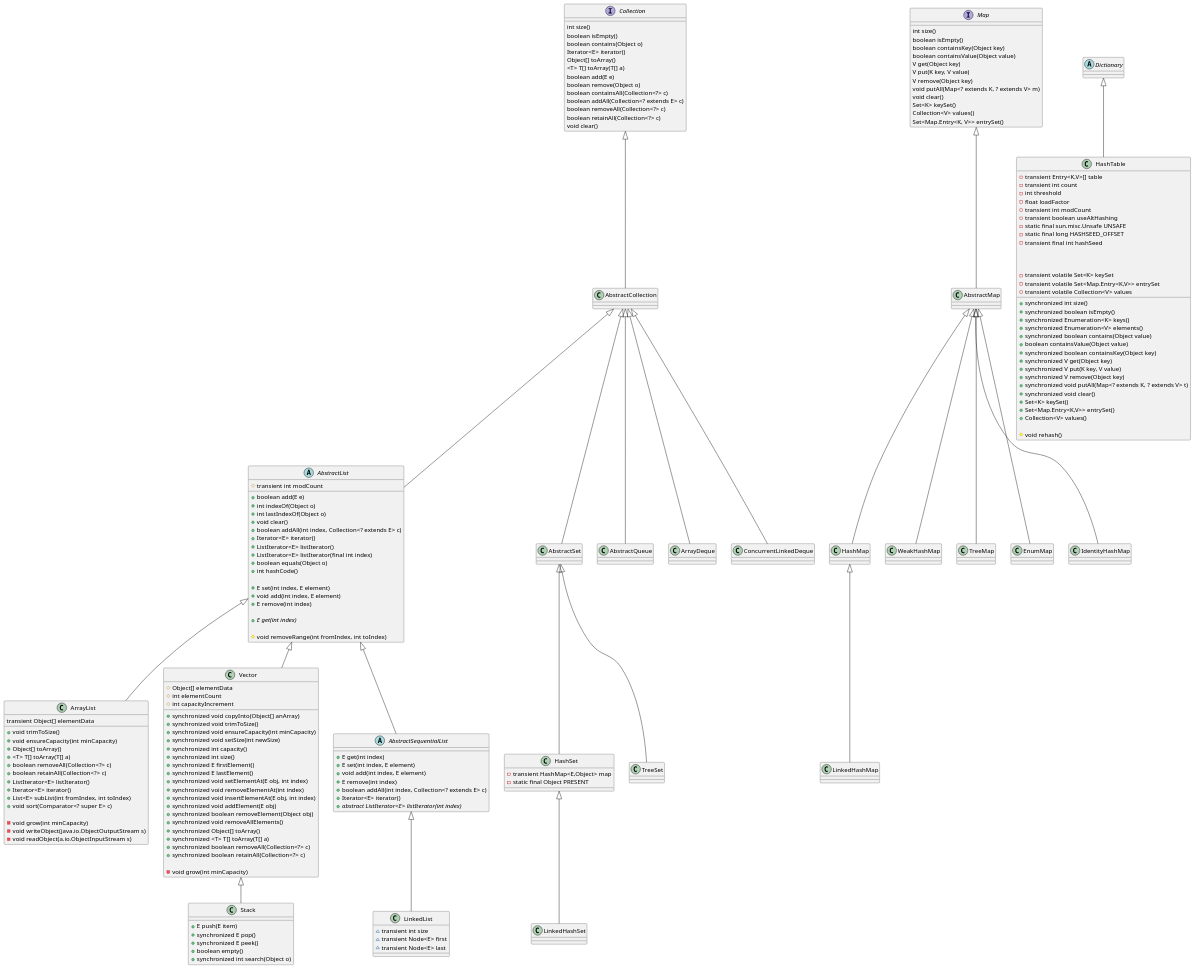
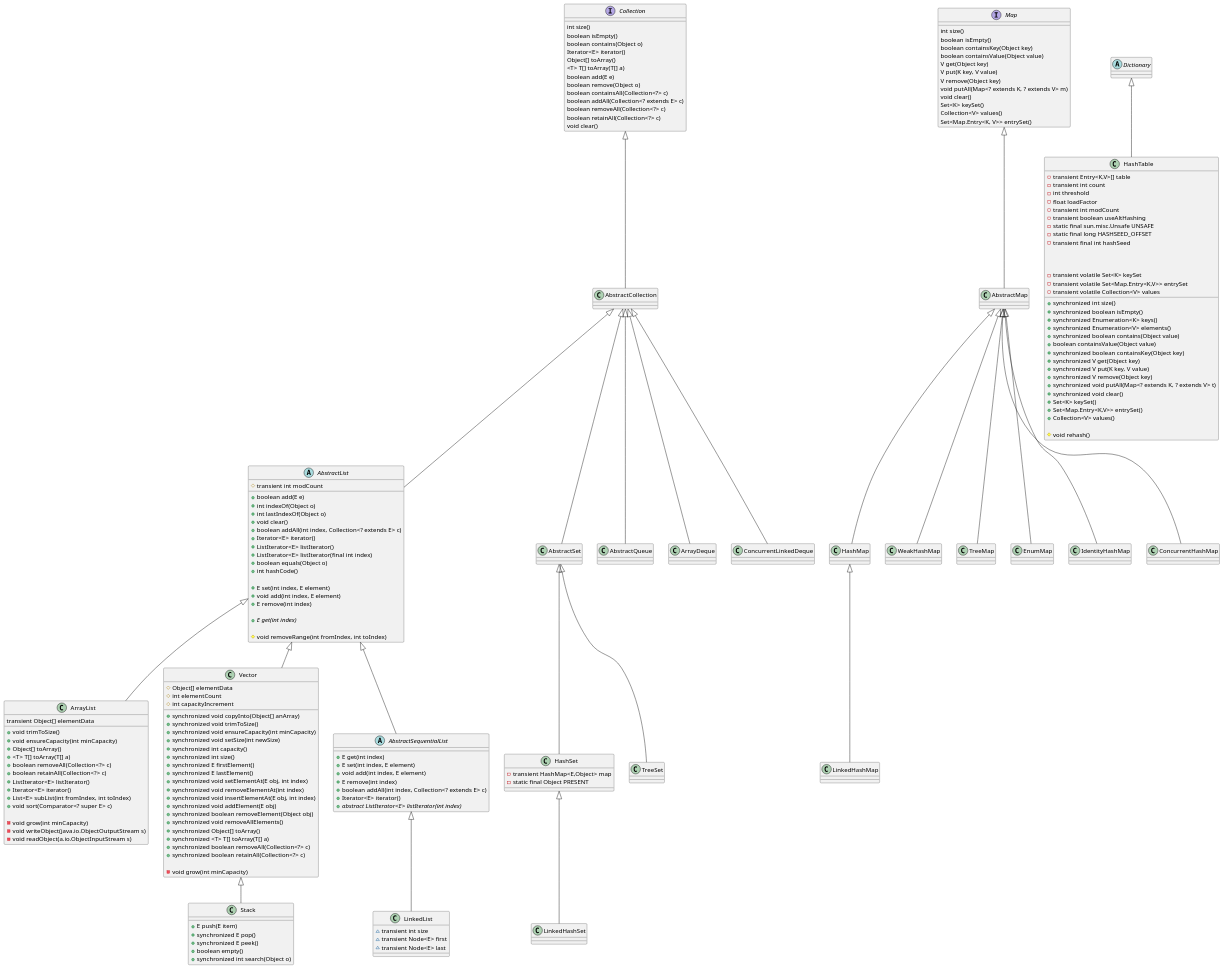
Before and after one commit to cmoaciopm/JavaTest: the diagram in java.plantuml, drawn with PlantUML. The commit also changed 1 other file, not shown here.

```diff
--- a/java.plantuml
+++ b/java.plantuml
@@ -200,6 +200,7 @@
   AbstractMap <|-- TreeMap
   AbstractMap <|-- EnumMap
   AbstractMap <|-- IdentityHashMap
+  AbstractMap <|-- ConcurrentHashMap
 
 Dictionary <|-- HashTable
 
```
